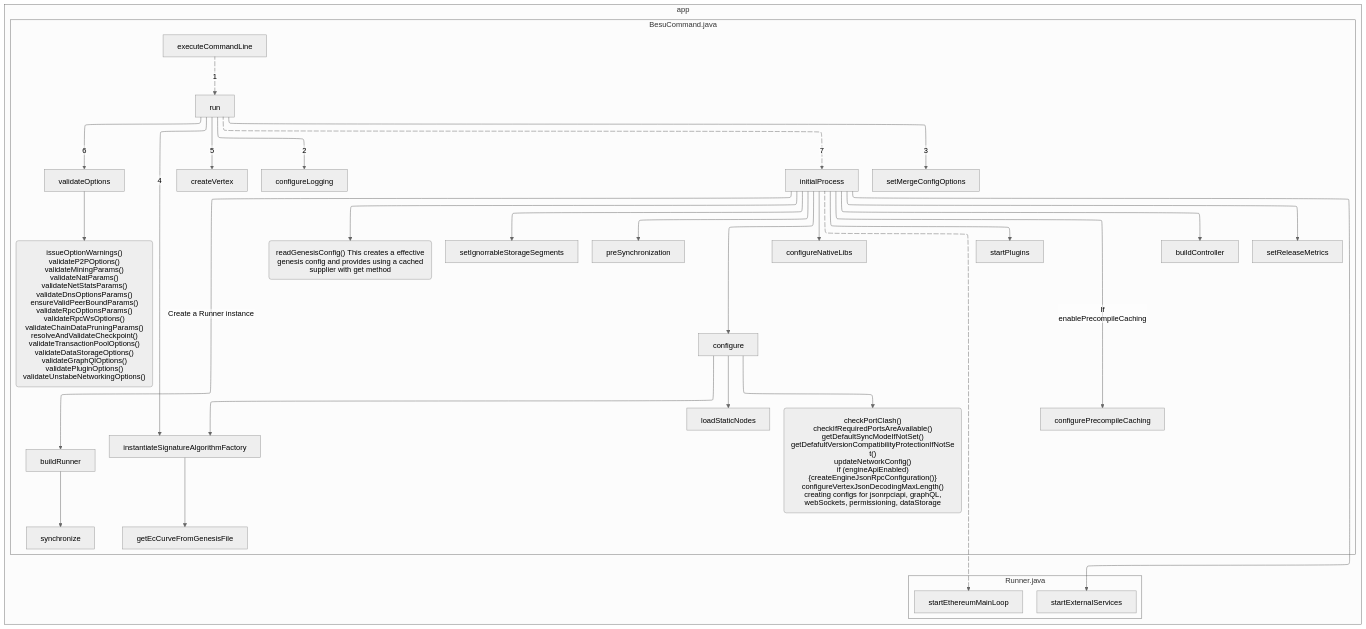
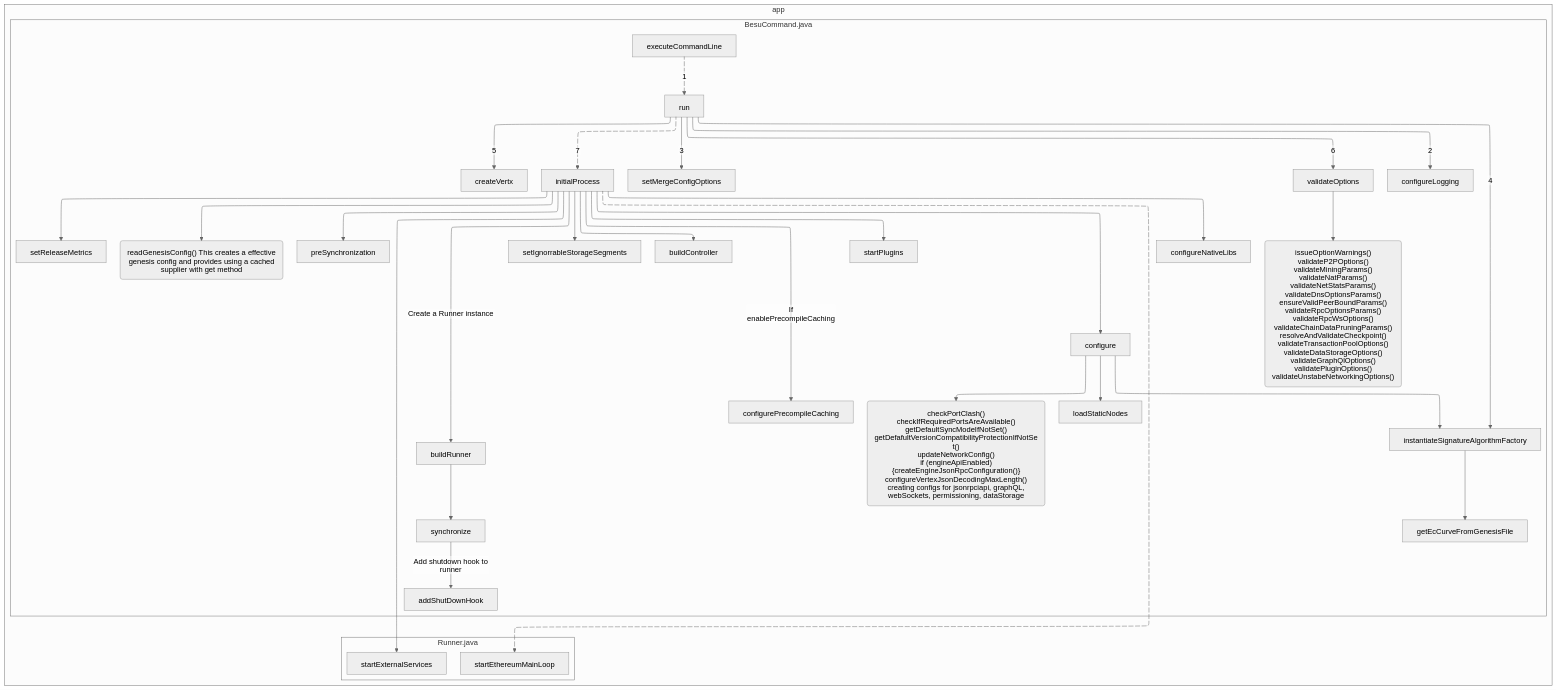
One commit to mimanshumaheshwari-zeeve/besu-flow-documentation changed the diagram in diagrams/startup/BESU-STARTUP-002-node.mmd. Above: the diagram before and after it, drawn with Mermaid. The commit also changed 1 other file, not shown here.

```diff
--- a/diagrams/startup/BESU-STARTUP-002-node.mmd
+++ b/diagrams/startup/BESU-STARTUP-002-node.mmd
@@ -1,86 +1,86 @@
 ---
 config:
   layout: elk
   htmlLabels: false
   theme: neutral
   look: classic
   elk:
     mergeEdges: false
     nodePlacementStrategy: LINEAR_SEGMENTS
     nodePlacementAlignment: BALANCED
   flowchart:
     nodeSpacing: 20
     curve: base
     defaultRenderer : elk
     wrappingWidth: 350
     inheritDir: false
     rankSpacing: 10
 ---
 %% TD %%
 flowchart TD 
 subgraph "app"
   subgraph "BesuCommand.java"
     run 
     executeCommandLine
     initialProcess
 
     executeCommandLine e1@--1--> run
 
     run --2--> configureLogging
     run --3--> setMergeConfigOptions
     run --4--> instantiateSignatureAlgorithmFactory --> getEcCurveFromGenesisFile
-    run --5--> createVertex
+    run --5--> createVertx
     run --6--> validateOptions
 
     validateOptions --> validate_options_inner("`issueOptionWarnings()
 validateP2POptions()
 validateMiningParams()
 validateNatParams()
 validateNetStatsParams()
 validateDnsOptionsParams()
 ensureValidPeerBoundParams()
 validateRpcOptionsParams()
 validateRpcWsOptions()
 validateChainDataPruningParams()
 resolveAndValidateCheckpoint()
 validateTransactionPoolOptions()
 validateDataStorageOptions()
 validateGraphQlOptions()
 validatePluginOptions()
 validateUnstabeNetworkingOptions()`")
 
     run e2@--7--> initialProcess
 
     initialProcess --> readGenesisConfig("`readGenesisConfig() <sm>This creates a effective genesis config and provides using a cached supplier with get method</sm>`")
     initialProcess --> configure
     configure--> instantiateSignatureAlgorithmFactory
     configure --> configuration_initial_process("`checkPortClash()
     checkIfRequiredPortsAreAvailable()
     getDefaultSyncModeIfNotSet()
     getDefafultVersionCompatibilityProtectionIfNotSet()
     updateNetworkConfig()
     if (engineApiEnabled) {createEngineJsonRpcConfiguration()}
     configureVertexJsonDecodingMaxLength()
     creating configs for jsonrpciapi, graphQL, webSockets, permissioning, dataStorage
     `") 
     configure -->  loadStaticNodes 
     initialProcess --> setIgnorrableStorageSegments
     initialProcess --> configureNativeLibs
     initialProcess --"If enablePrecompileCaching"--> configurePrecompileCaching
     initialProcess --> buildController
-    initialProcess --"Create a Runner instance"--> buildRunner --> synchronize
+    initialProcess --"Create a Runner instance"--> buildRunner --> synchronize -->|Add shutdown hook to runner| addShutDownHook
     initialProcess --> startPlugins
     initialProcess --> setReleaseMetrics 
     initialProcess --> preSynchronization
   end
   subgraph "Runner.java"
     startExternalServices
     startEthereumMainLoop
   end
   initialProcess --> startExternalServices
   initialProcess e3@--> startEthereumMainLoop
 end
 
 e1@{animate: true}
 e2@{animate: true}
 e3@{animate: true}
```
